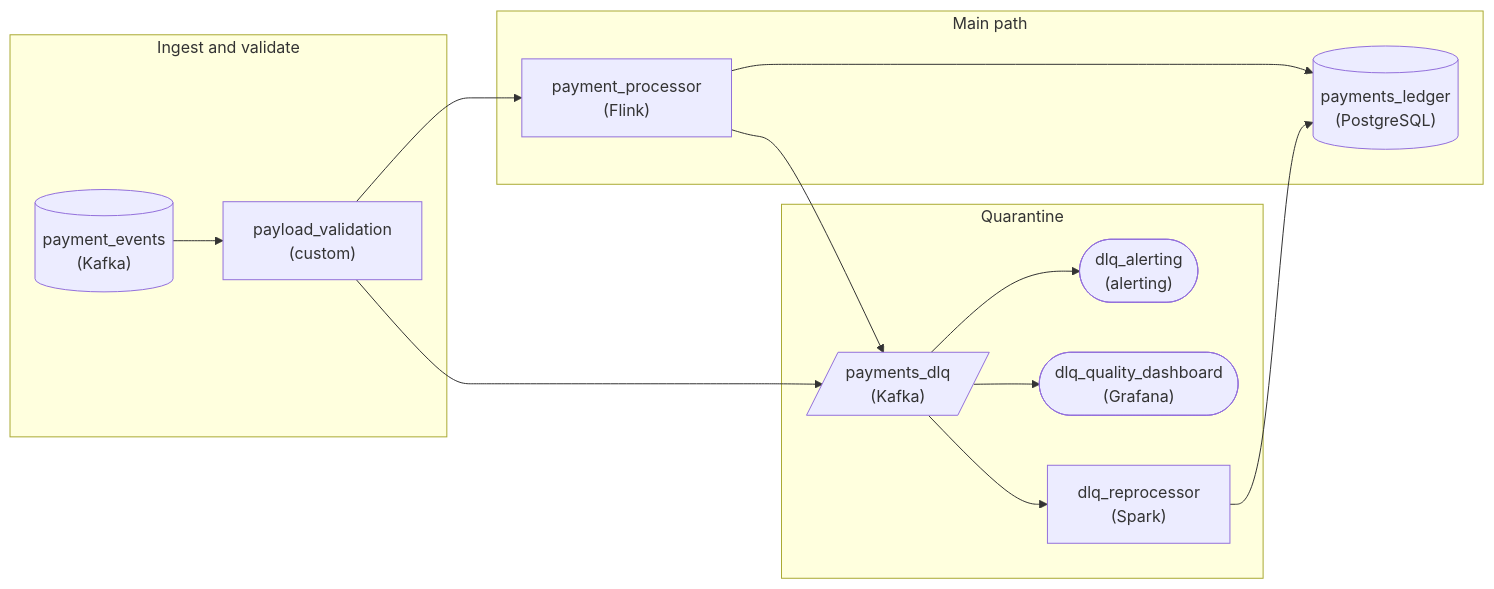
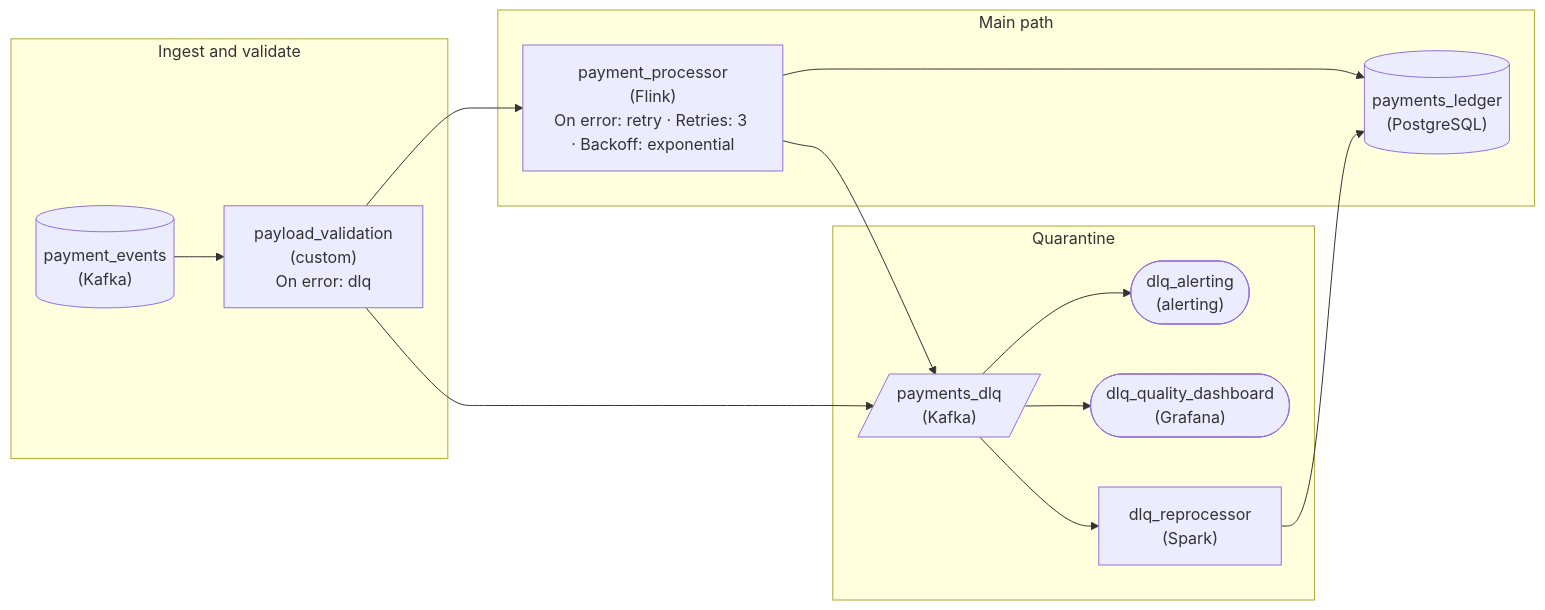
Before and after one commit to Dulain-Willis/study-helper: the second of 2 diagrams in lesson_preview/interview/architecture/pa_pattern_dead_letter_queue.md, drawn with Mermaid. The commit also changed other lines of this file and 26 other files, not shown here.

First line of the commit message:
Mermaid diagrams: show tags and extra values inside each node (#43)

````diff
--- a/lesson_preview/interview/architecture/pa_pattern_dead_letter_queue.md
+++ b/lesson_preview/interview/architecture/pa_pattern_dead_letter_queue.md
@@ -552,26 +552,26 @@
 ```mermaid
 flowchart LR
     subgraph L0["Ingest and validate"]
         n0[("payment_events<br/>(Kafka)")]
-        n1["payload_validation<br/>(custom)"]
+        n1["payload_validation<br/>(custom)<br/>On error: dlq"]
     end
     subgraph L1["Main path"]
-        n2["payment_processor<br/>(Flink)"]
+        n2["payment_processor<br/>(Flink)<br/>On error: retry · Retries: 3 · Backoff: exponential"]
         n3[("payments_ledger<br/>(PostgreSQL)")]
     end
     subgraph L2["Quarantine"]
         n4[/"payments_dlq<br/>(Kafka)"/]
         n5(["dlq_alerting<br/>(alerting)"])
         n6(["dlq_quality_dashboard<br/>(Grafana)"])
         n7["dlq_reprocessor<br/>(Spark)"]
     end
     n0 --> n1
     n1 --> n2
     n1 --> n4
     n2 --> n3
     n2 --> n4
     n4 --> n5
     n4 --> n6
     n4 --> n7
     n7 --> n3
 ```
````
